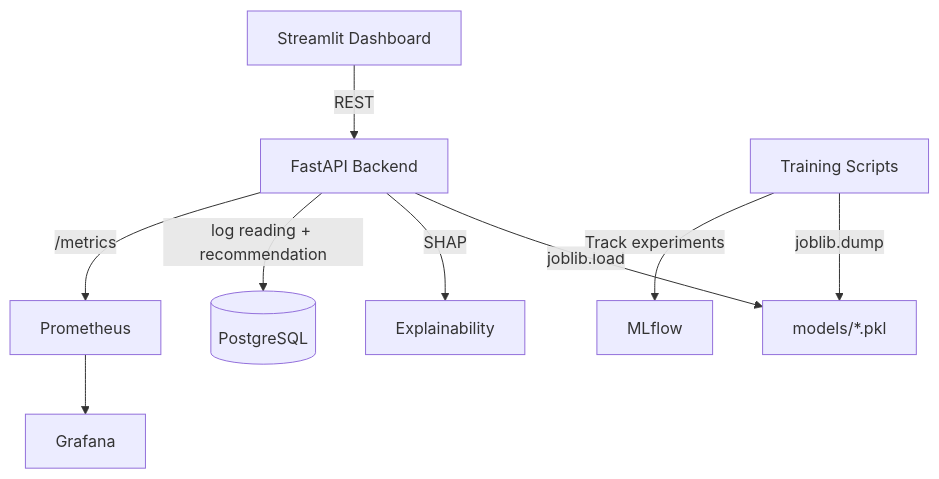
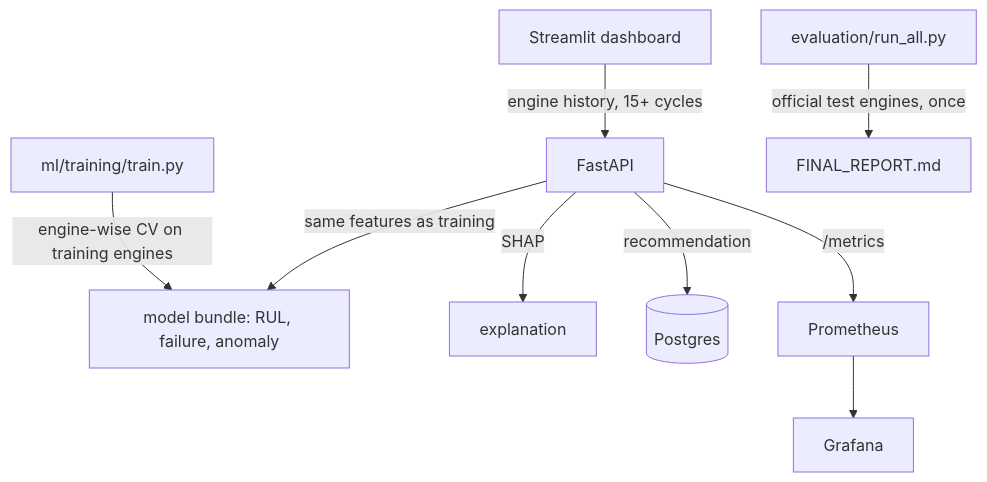
Before and after one commit to nithya-prakash/PredictiveMaintenanceAI: the diagram in docs/architecture.md, drawn with Mermaid. The commit also changed other lines of this file and 6 other files, not shown here.

````diff
--- a/docs/architecture.md
+++ b/docs/architecture.md
@@ -17,11 +16,10 @@
 ```mermaid
 graph TD
-    A[Streamlit Dashboard] -->|REST| B[FastAPI Backend]
-    B -->|joblib.load| C[models/*.pkl]
-    B -->|SHAP| D[Explainability]
-    B -->|log reading + recommendation| I[(PostgreSQL)]
-    E[Training Scripts] -->|joblib.dump| C
-    E -->|Track experiments| F[MLflow]
-    B -->|/metrics| G[Prometheus]
-    G --> H[Grafana]
+    A[Streamlit dashboard] -->|engine history, 15+ cycles| B[FastAPI]
+    B -->|same features as training| C[model bundle: RUL, failure, anomaly]
+    B -->|SHAP| D[explanation]
+    B -->|recommendation| E[(Postgres)]
+    B -->|/metrics| F[Prometheus] --> G[Grafana]
+    H[ml/training/train.py] -->|engine-wise CV on training engines| C
+    I[evaluation/run_all.py] -->|official test engines, once| J[FINAL_REPORT.md]
 ```
````
